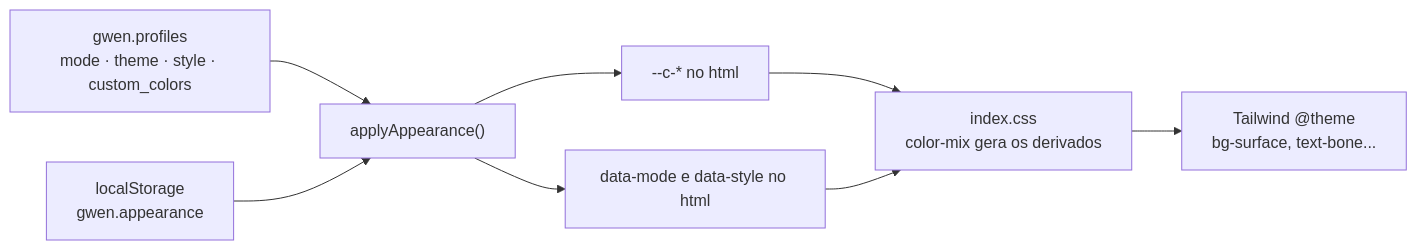
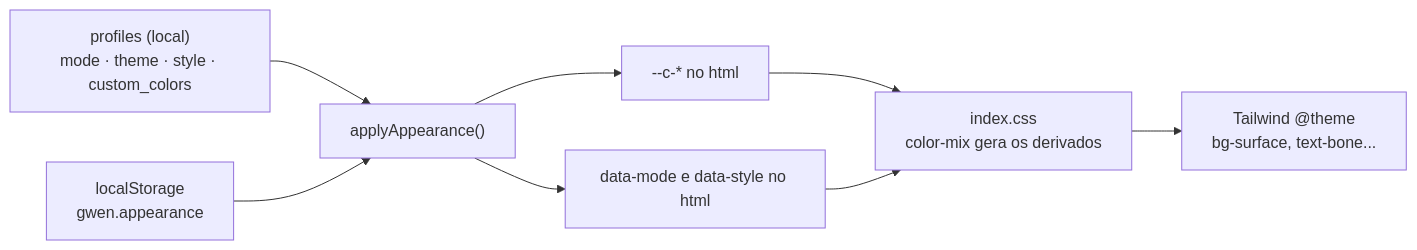
One commit to SamaraSilvia81/gwen-app changed the fourth of 4 diagrams in docs/ARQ-001-visao-geral.md. Above: the diagram before and after it, drawn with Mermaid. The commit also changed other lines of this file and 47 other files, not shown here.

````diff
--- a/docs/ARQ-001-visao-geral.md
+++ b/docs/ARQ-001-visao-geral.md
@@ -138,10 +145,10 @@
 ```mermaid
 flowchart LR
-  Perfil["gwen.profiles<br/>mode · theme · style · custom_colors"] --> Apply["applyAppearance()"]
+  Perfil["profiles (local)<br/>mode · theme · style · custom_colors"] --> Apply["applyAppearance()"]
   Local["localStorage<br/>gwen.appearance"] --> Apply
   Apply --> Vars["--c-* no html"]
   Apply --> DS["data-mode e data-style no html"]
   Vars --> CSS["index.css<br/>color-mix gera os derivados"]
   DS --> CSS
   CSS --> TW["Tailwind @theme<br/>bg-surface, text-bone..."]
 ```
````
